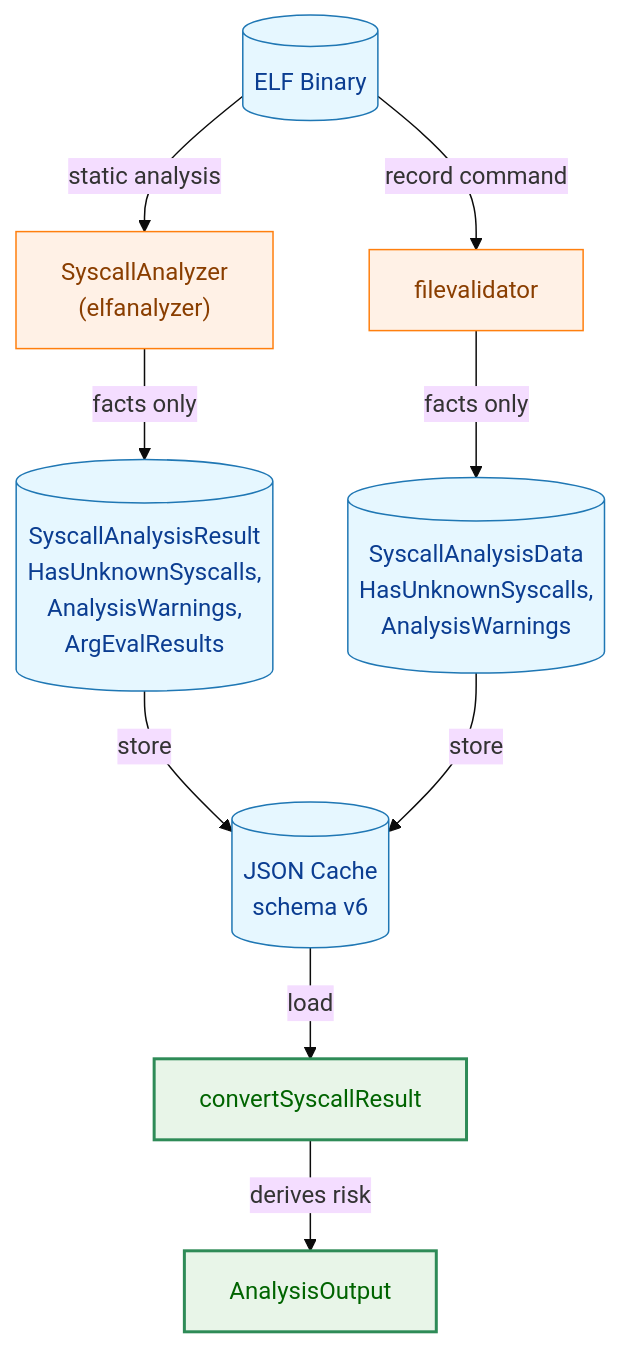
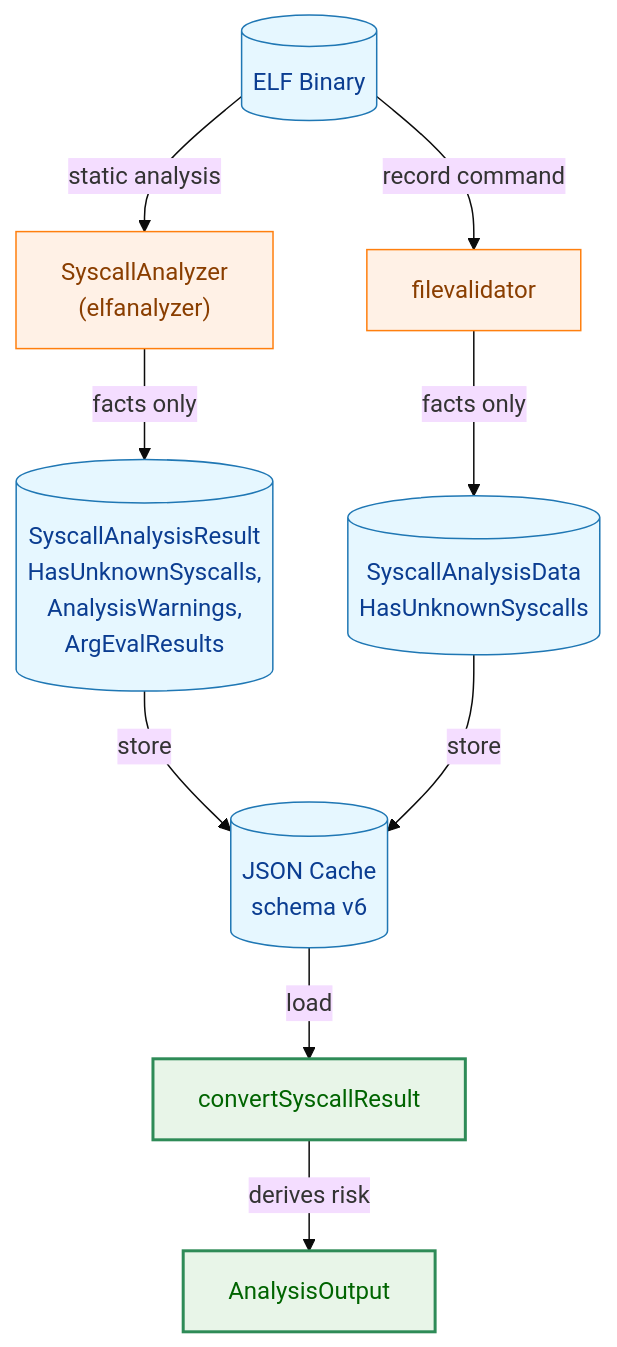
Before and after one commit to isseis/go-safe-cmd-runner: the second of 8 diagrams in docs/tasks/0080_remove_is_high_risk/02_architecture.md, drawn with Mermaid (base theme). The commit also changed other lines of this file and 1 other file, not shown here.

Commit message:
docs(0080): fix review issues in architecture and detailed spec
- Remove AnalysisWarnings from filevalidator data node in flow diagram
  (filevalidator records facts only; warnings are not set)
- Add operational impact note for schema v6 bump: all existing JSON
  caches will trigger SchemaVersionMismatchError on next load
- Replace IsHighRisk deletion with explicit HasUnknownSyscalls assertions
  in scan-limit and window-exhaustion test specs (§3.5.5, §3.5.6)
- Fix AC-6 verification command from -run TestSyscall to full package,
  add network_symbol_store schema-mismatch test to scope
- Add scope note to AC-2: docs/tasks/ is intentionally excluded as
  historical archive

````diff
--- a/docs/tasks/0080_remove_is_high_risk/02_architecture.md
+++ b/docs/tasks/0080_remove_is_high_risk/02_architecture.md
@@ -50,20 +50,20 @@
 ```mermaid
 flowchart TD
     classDef data fill:#e6f7ff,stroke:#1f77b4,stroke-width:1px,color:#0b3d91;
     classDef process fill:#fff1e6,stroke:#ff7f0e,stroke-width:1px,color:#8a3e00;
     classDef enhanced fill:#e8f5e8,stroke:#2e8b57,stroke-width:2px,color:#006400;
 
     A[("ELF Binary")] -->|"static analysis"| B["SyscallAnalyzer<br>(elfanalyzer)"]
     B -->|"facts only"| C[("SyscallAnalysisResult<br>HasUnknownSyscalls,<br>AnalysisWarnings,<br>ArgEvalResults")]
     C -->|"store"| D[("JSON Cache<br>schema v6")]
     D -->|"load"| E["convertSyscallResult"]
     E -->|"derives risk"| F["AnalysisOutput"]
 
     A -->|"record command"| G["filevalidator"]
-    G -->|"facts only"| H[("SyscallAnalysisData<br>HasUnknownSyscalls,<br>AnalysisWarnings")]
+    G -->|"facts only"| H[("SyscallAnalysisData<br>HasUnknownSyscalls")]
     H -->|"store"| D
 
     class A,C,D,H data;
     class B,G process;
     class E,F enhanced;
 ```
````
